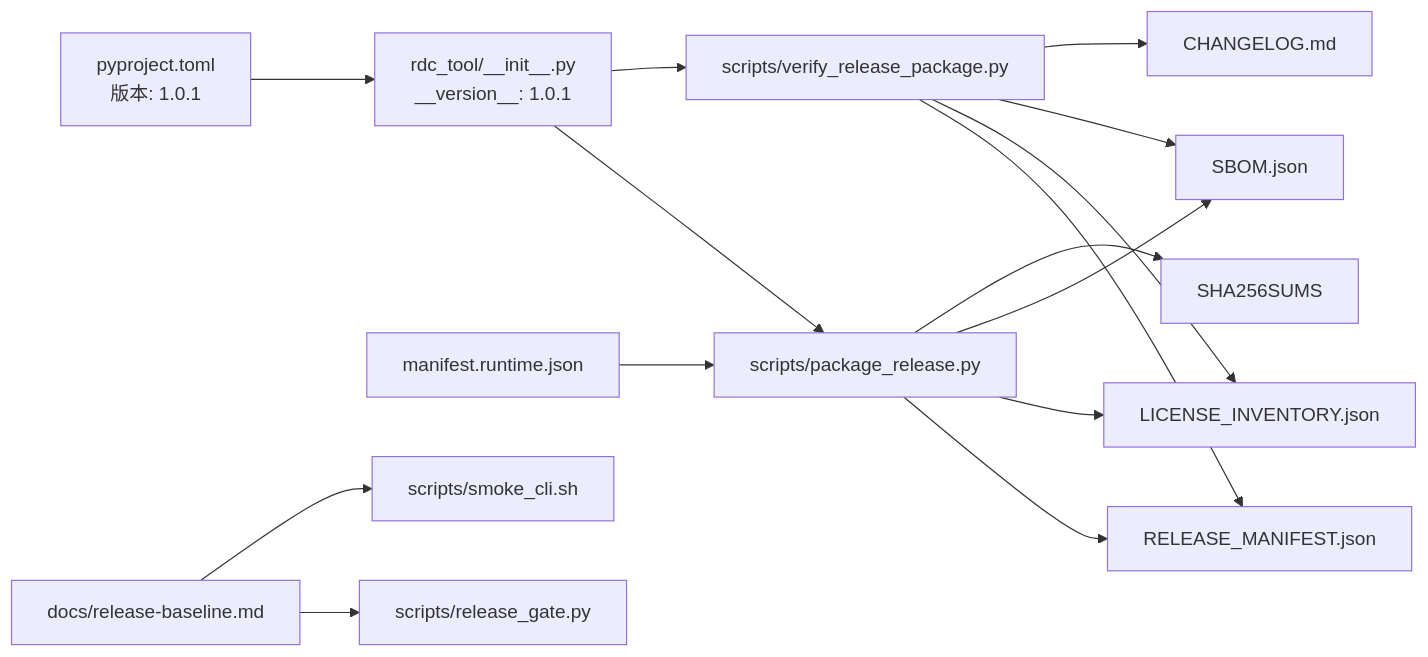
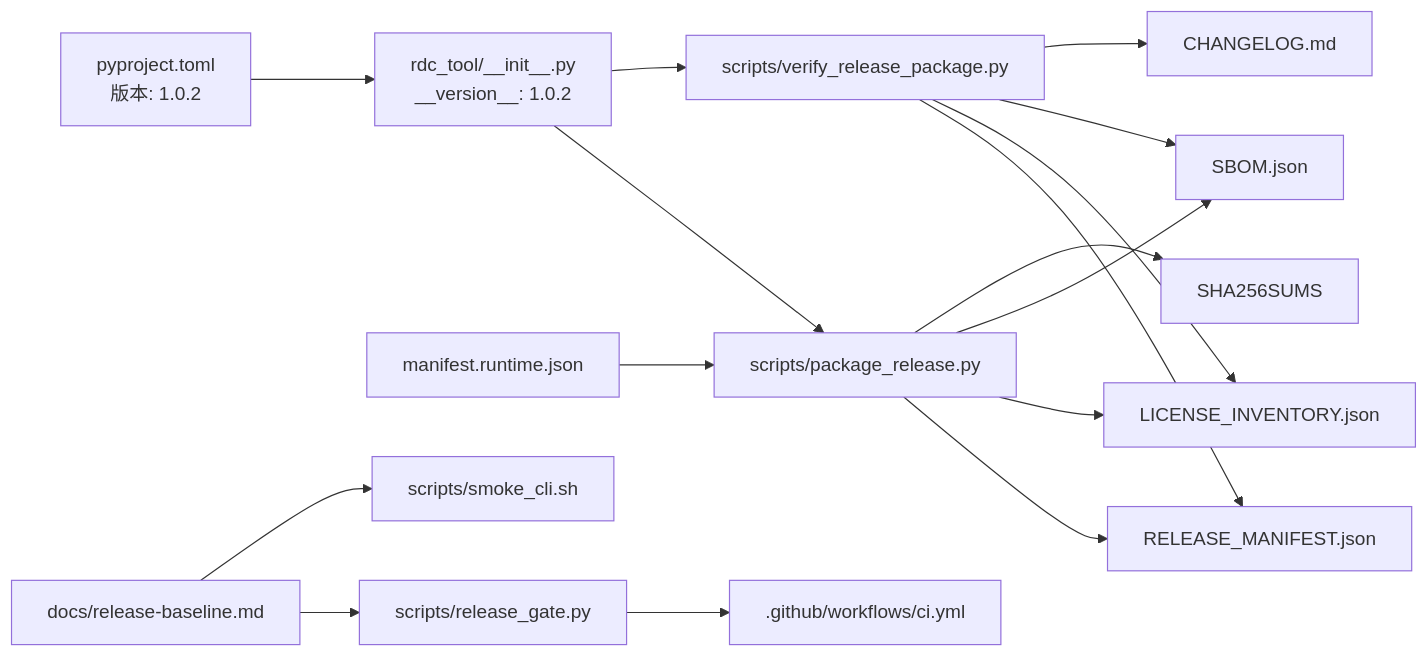
Before and after one commit to haolange/RDC-Tool: the fifth of 5 diagrams in .qoder/repowiki/zh/content/部署和发布/版本管理.md, drawn with Mermaid. The commit also changed other lines of this file and 56 other files, not shown here.

````diff
--- a/.qoder/repowiki/zh/content/部署和发布/版本管理.md
+++ b/.qoder/repowiki/zh/content/部署和发布/版本管理.md
@@ -305,17 +312,18 @@
 ```mermaid
 graph LR
-P["pyproject.toml<br/>版本: 1.0.1"] --> V["rdc_tool/__init__.py<br/>__version__: 1.0.1"]
+P["pyproject.toml<br/>版本: 1.0.2"] --> V["rdc_tool/__init__.py<br/>__version__: 1.0.2"]
 V --> S["scripts/package_release.py"]
 S --> M["RELEASE_MANIFEST.json"]
 S --> L["LICENSE_INVENTORY.json"]
 S --> B["SBOM.json"]
 S --> C["SHA256SUMS"]
 R["manifest.runtime.json"] --> S
 V --> VER["scripts/verify_release_package.py"]
 VER --> M
 VER --> L
 VER --> B
 VER --> CL["CHANGELOG.md"]
 RB["docs/release-baseline.md"] --> G["scripts/release_gate.py"]
 RB --> SM["scripts/smoke_cli.sh"]
+G --> CI[".github/workflows/ci.yml"]
 ```
````
